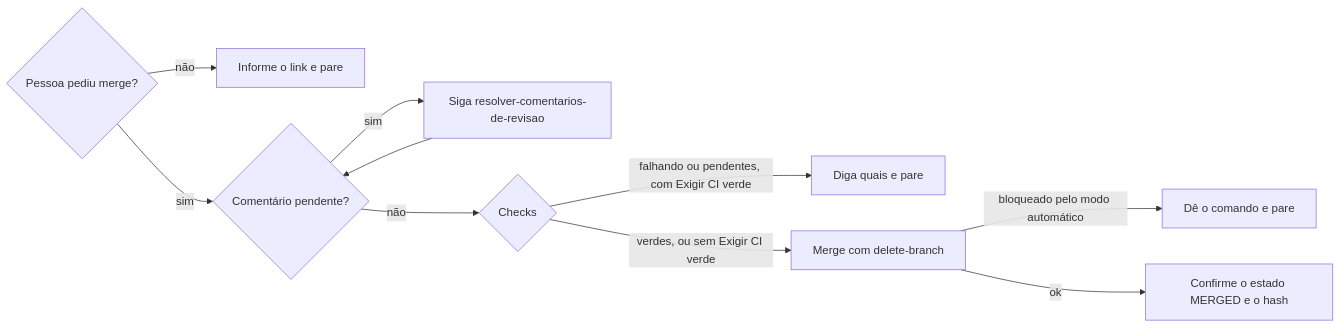
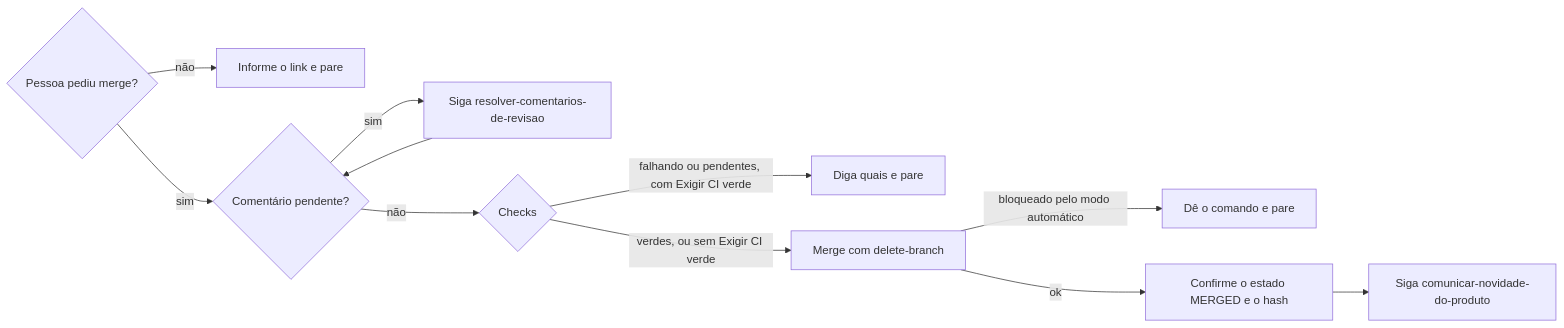
The diagram in .agents/skills/criar-pull-request/SKILL.md (jimmyandrade/harness), drawn with Mermaid before and after one commit. The commit also changed other lines of this file and 1 other file, not shown here.

````diff
--- a/.agents/skills/criar-pull-request/SKILL.md
+++ b/.agents/skills/criar-pull-request/SKILL.md
@@ -70,12 +72,13 @@
 ```mermaid
 flowchart LR
   A{Pessoa pediu merge?} -->|não| B[Informe o link e pare]
   A -->|sim| C{Comentário pendente?}
   C -->|sim| D[Siga resolver-comentarios-de-revisao]
   D --> C
   C -->|não| E{Checks}
   E -->|falhando ou pendentes, com Exigir CI verde| F[Diga quais e pare]
   E -->|verdes, ou sem Exigir CI verde| G[Merge com delete-branch]
   G -->|bloqueado pelo modo automático| H[Dê o comando e pare]
   G -->|ok| I[Confirme o estado MERGED e o hash]
+  I --> J[Siga comunicar-novidade-do-produto]
 ```
````
